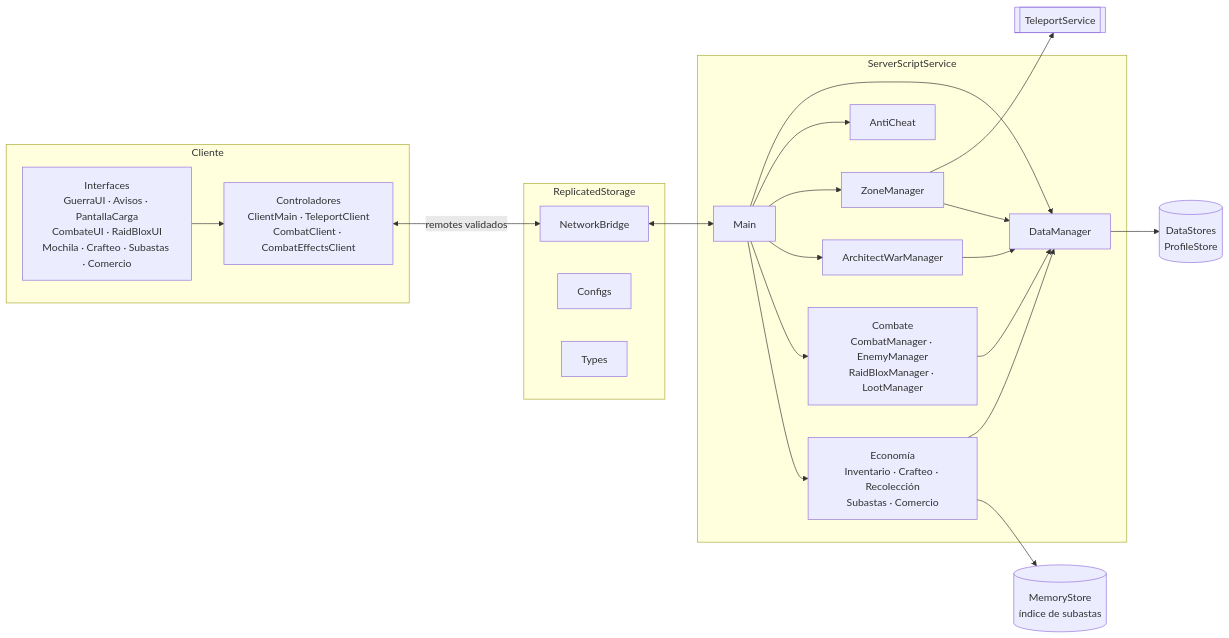
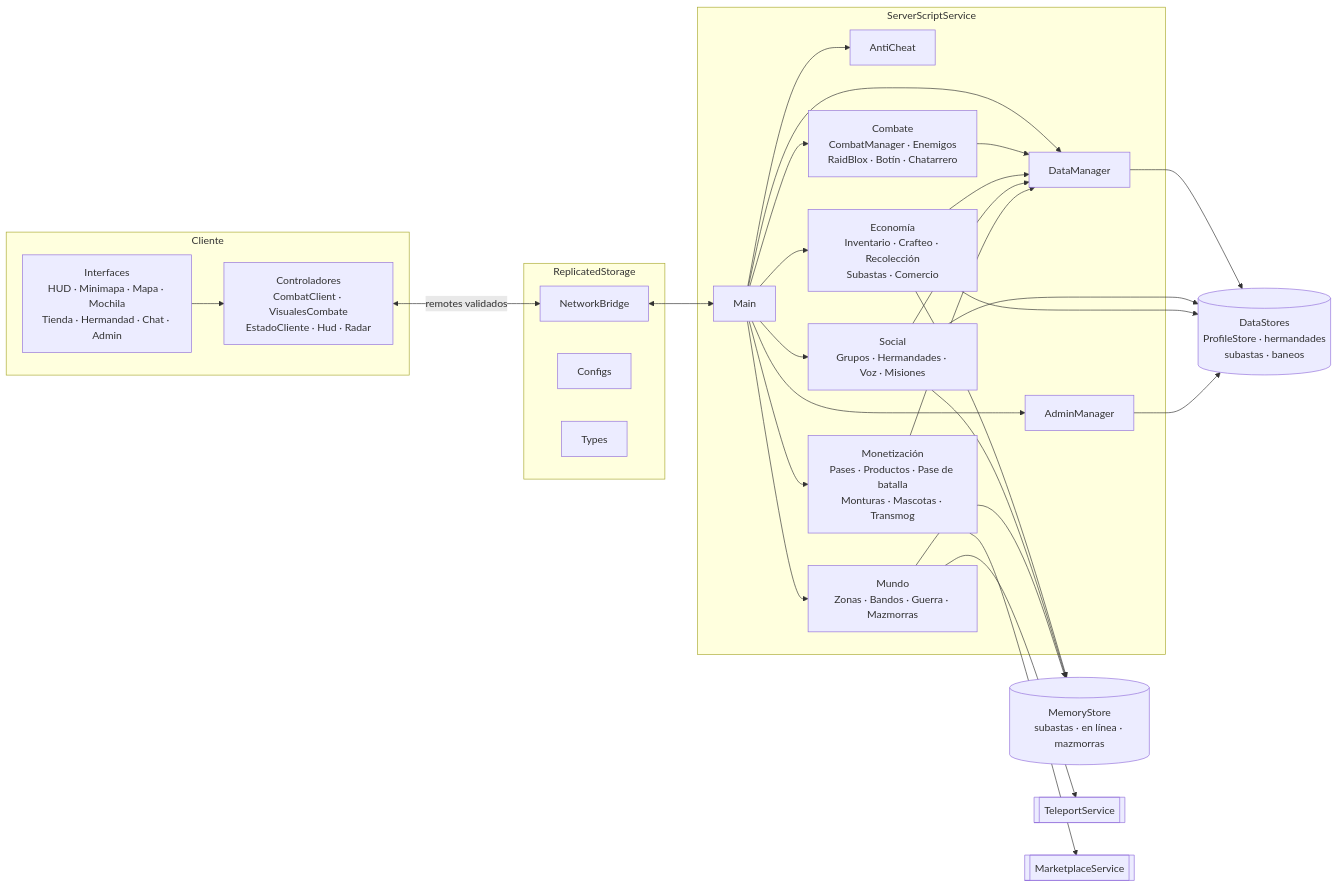
The diagram in README.md (vonvivant/raidblox), drawn with Mermaid before and after one commit. The commit also changed other lines of this file and 15 other files, not shown here.

````diff
--- a/README.md
+++ b/README.md
@@ -23,36 +28,38 @@
 ```mermaid
 flowchart LR
     subgraph Cliente
-        UI[Interfaces<br/>GuerraUI · Avisos · PantallaCarga<br/>CombateUI · RaidBloxUI<br/>Mochila · Crafteo · Subastas · Comercio]
-        CC[Controladores<br/>ClientMain · TeleportClient<br/>CombatClient · CombatEffectsClient]
+        UI[Interfaces<br/>HUD · Minimapa · Mapa · Mochila<br/>Tienda · Hermandad · Chat · Admin]
+        CC[Controladores<br/>CombatClient · VisualesCombate<br/>EstadoCliente · Hud · Radar]
     end
     subgraph Compartido[ReplicatedStorage]
         NB[NetworkBridge]
         CFG[Configs]
         TY[Types]
     end
     subgraph Servidor[ServerScriptService]
         MAIN[Main]
         DM[DataManager]
         AC[AntiCheat]
-        ZM[ZoneManager]
-        AW[ArchitectWarManager]
-        CB[Combate<br/>CombatManager · EnemyManager<br/>RaidBloxManager · LootManager]
+        MU[Mundo<br/>Zonas · Bandos · Guerra · Mazmorras]
+        CB[Combate<br/>CombatManager · Enemigos<br/>RaidBlox · Botín · Chatarrero]
         EC[Economía<br/>Inventario · Crafteo · Recolección<br/>Subastas · Comercio]
+        SO[Social<br/>Grupos · Hermandades · Voz · Misiones]
+        MO[Monetización<br/>Pases · Productos · Pase de batalla<br/>Monturas · Mascotas · Transmog]
+        AD[AdminManager]
     end
-    MS[(MemoryStore<br/>índice de subastas)]
-    DS[(DataStores<br/>ProfileStore)]
+    MS[(MemoryStore<br/>subastas · en línea · mazmorras)]
+    DS[(DataStores<br/>ProfileStore · hermandades<br/>subastas · baneos)]
     TS[[TeleportService]]
+    MP[[MarketplaceService]]
 
     CC <-->|remotes validados| NB
     UI --> CC
     NB <--> MAIN
-    MAIN --> DM & AC & ZM & AW & CB & EC
-    CB --> DM
-    EC --> DM
-    EC --> MS
+    MAIN --> DM & AC & MU & CB & EC & SO & MO & AD
+    CB & EC & SO & MO --> DM
+    EC & SO & MU --> MS
     DM --> DS
-    ZM --> TS
-    AW --> DM
-    ZM --> DM
+    SO & EC & AD --> DS
+    MU --> TS
+    MO --> MP
 ```
````
